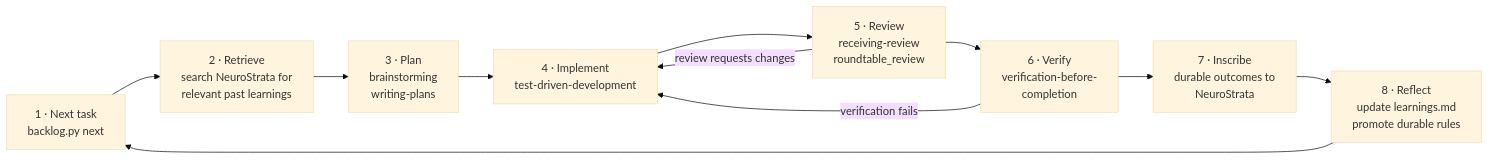
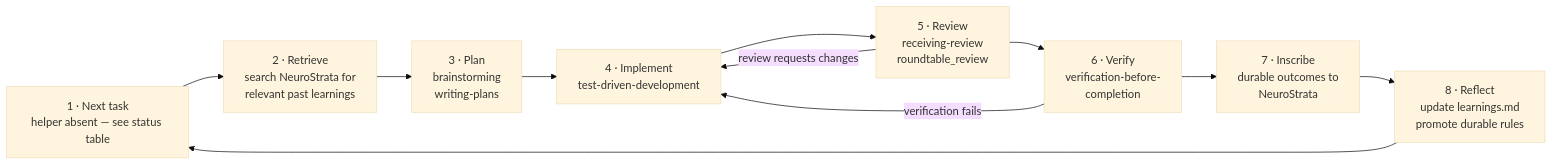
Before and after one commit to pratik-saptarshi/autonomous-engineering-platform: the second of 2 diagrams in README.md, drawn with Mermaid (base theme). The commit also changed other lines of this file and 17 other files, not shown here.

````diff
--- a/README.md
+++ b/README.md
@@ -51,13 +51,13 @@
 ```mermaid
 flowchart LR
-    A["1 · Next task<br/>backlog.py next"] --> B["2 · Retrieve<br/>search NeuroStrata for<br/>relevant past learnings"]
+    A["1 · Next task<br/>helper absent — see status table"] --> B["2 · Retrieve<br/>search NeuroStrata for<br/>relevant past learnings"]
     B --> C["3 · Plan<br/>brainstorming<br/>writing-plans"]
     C --> D["4 · Implement<br/>test-driven-development"]
     D --> E["5 · Review<br/>receiving-review<br/>roundtable_review"]
     E --> F["6 · Verify<br/>verification-before-<br/>completion"]
     F --> G["7 · Inscribe<br/>durable outcomes to<br/>NeuroStrata"]
     G --> H["8 · Reflect<br/>update learnings.md<br/>promote durable rules"]
     H --> A
     F -->|"verification fails"| D
     E -->|"review requests changes"| D
 ```
````
